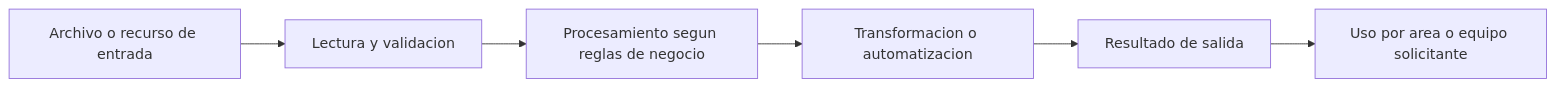
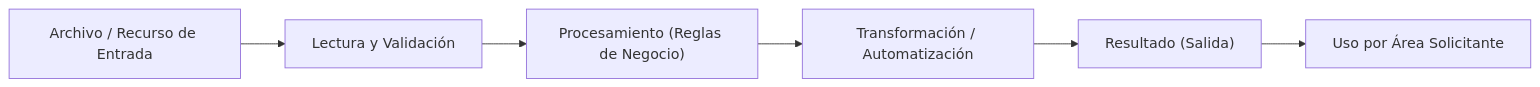
Before and after one commit to claudux/python-business-automation-scripts: the first of 4 diagrams in README.md, drawn with Mermaid. The commit also changed other lines of this file, not shown here.

````diff
--- a/README.md
+++ b/README.md
@@ -34,8 +33,8 @@
 ```mermaid
 flowchart LR
-    A[Archivo o recurso de entrada] --> B[Lectura y validacion]
-    B --> C[Procesamiento segun reglas de negocio]
-    C --> D[Transformacion o automatizacion]
-    D --> E[Resultado de salida]
-    E --> F[Uso por area o equipo solicitante]
+    A["Archivo / Recurso de Entrada"] --> B["Lectura y Validación"]
+    B --> C["Procesamiento (Reglas de Negocio)"]
+    C --> D["Transformación / Automatización"]
+    D --> E["Resultado (Salida)"]
+    E --> F["Uso por Área Solicitante"]
 ```
````
